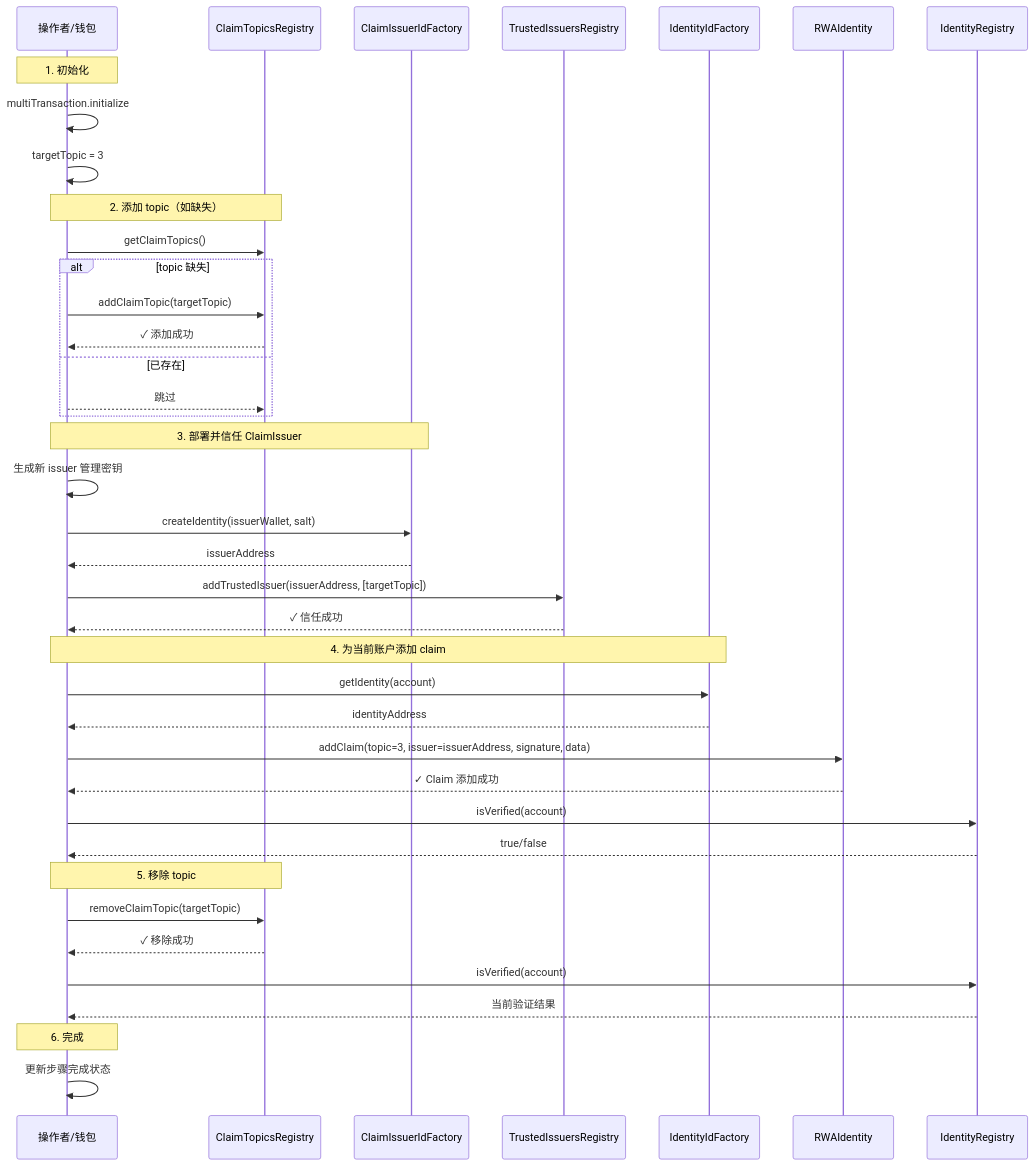
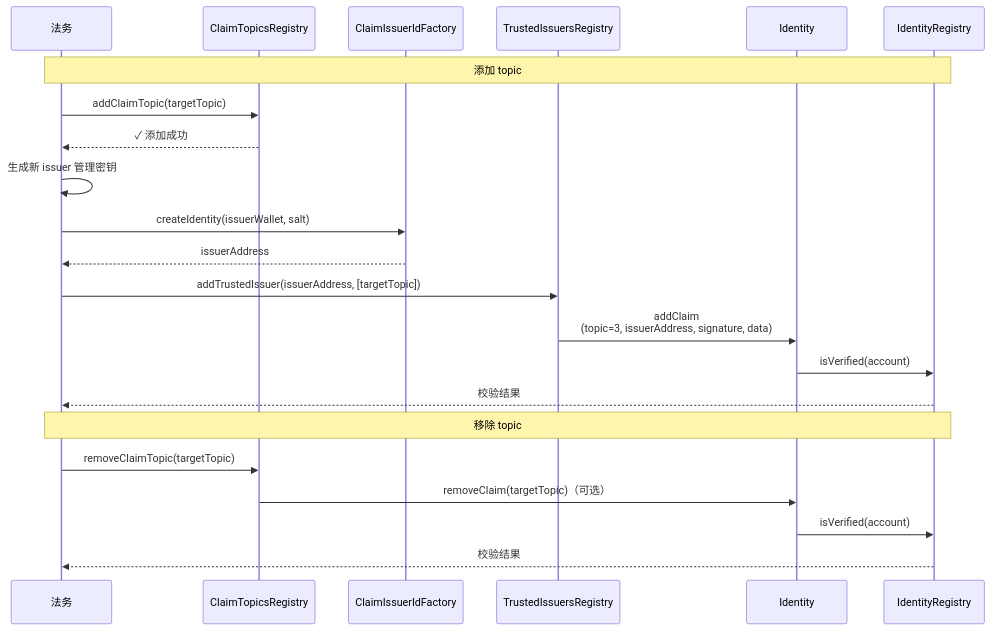
Before and after one commit to Joshuashen022/erc-3643-demo: the diagram in document/examples/legalFlow.md, drawn with Mermaid. The commit also changed other lines of this file and 10 other files, not shown here.

````diff
--- a/document/examples/legalFlow.md
+++ b/document/examples/legalFlow.md
@@ -5,47 +4,30 @@
 ```mermaid
 sequenceDiagram
-    participant Operator as 操作者/钱包
+    participant Operator as 法务
     participant Topics as ClaimTopicsRegistry
     participant IssuerFactory as ClaimIssuerIdFactory
     participant Trusted as TrustedIssuersRegistry
-    participant IdentityFactory as IdentityIdFactory
-    participant Identity as RWAIdentity
+    participant Identity as Identity
     participant Registry as IdentityRegistry
 
-    Note over Operator: 1. 初始化
-    Operator->>Operator: multiTransaction.initialize
-    Operator->>Operator: targetTopic = 3
+    Note over Operator,Registry: 添加 topic
+    Operator->>Topics: addClaimTopic(targetTopic)
+    Topics-->>Operator: ✓ 添加成功
 
-    Note over Operator,Topics: 2. 添加 topic（如缺失）
-    Operator->>Topics: getClaimTopics()
-    alt topic 缺失
-        Operator->>Topics: addClaimTopic(targetTopic)
-        Topics-->>Operator: ✓ 添加成功
-    else 已存在
-        Operator-->>Topics: 跳过
-    end
-
-    Note over Operator,IssuerFactory: 3. 部署并信任 ClaimIssuer
     Operator->>Operator: 生成新 issuer 管理密钥
     Operator->>IssuerFactory: createIdentity(issuerWallet, salt)
     IssuerFactory-->>Operator: issuerAddress
     Operator->>Trusted: addTrustedIssuer(issuerAddress, [targetTopic])
-    Trusted-->>Operator: ✓ 信任成功
+    
+    Trusted->>Identity: addClaim<br/>(topic=3, issuerAddress, signature, data)
 
-    Note over Operator,IdentityFactory: 4. 为当前账户添加 claim
-    Operator->>IdentityFactory: getIdentity(account)
-    IdentityFactory-->>Operator: identityAddress
-    Operator->>Identity: addClaim(topic=3, issuer=issuerAddress, signature, data)
-    Identity-->>Operator: ✓ Claim 添加成功
-    Operator->>Registry: isVerified(account)
-    Registry-->>Operator: true/false
+    Identity->>Registry: isVerified(account)
+    Registry-->>Operator: 校验结果
 
-    Note over Operator,Topics: 5. 移除 topic
+    Note over Operator,Registry: 移除 topic
     Operator->>Topics: removeClaimTopic(targetTopic)
-    Topics-->>Operator: ✓ 移除成功
-    Operator->>Registry: isVerified(account)
-    Registry-->>Operator: 当前验证结果
-
-    Note over Operator: 6. 完成
-    Operator->>Operator: 更新步骤完成状态
+    Topics->>Identity: removeClaim(targetTopic)（可选）
+    
+    Identity->>Registry: isVerified(account)
+    Registry-->>Operator: 校验结果
 ```
````
